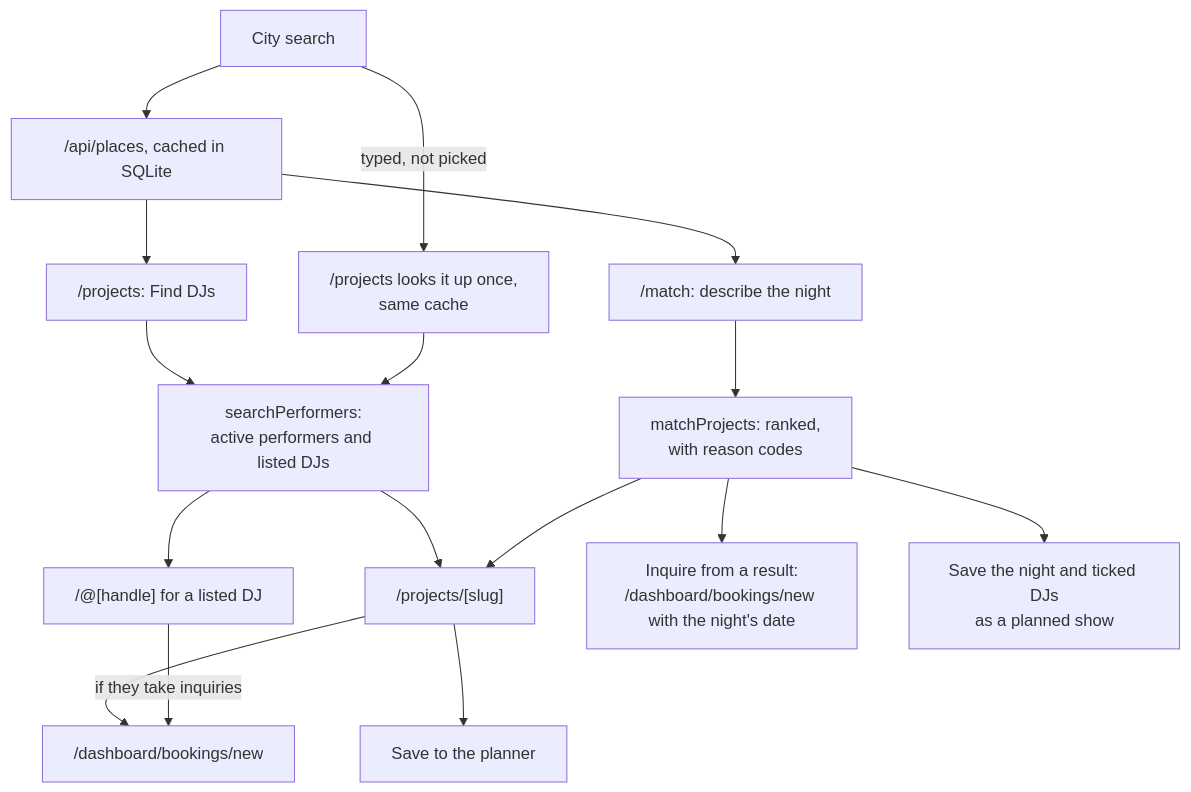
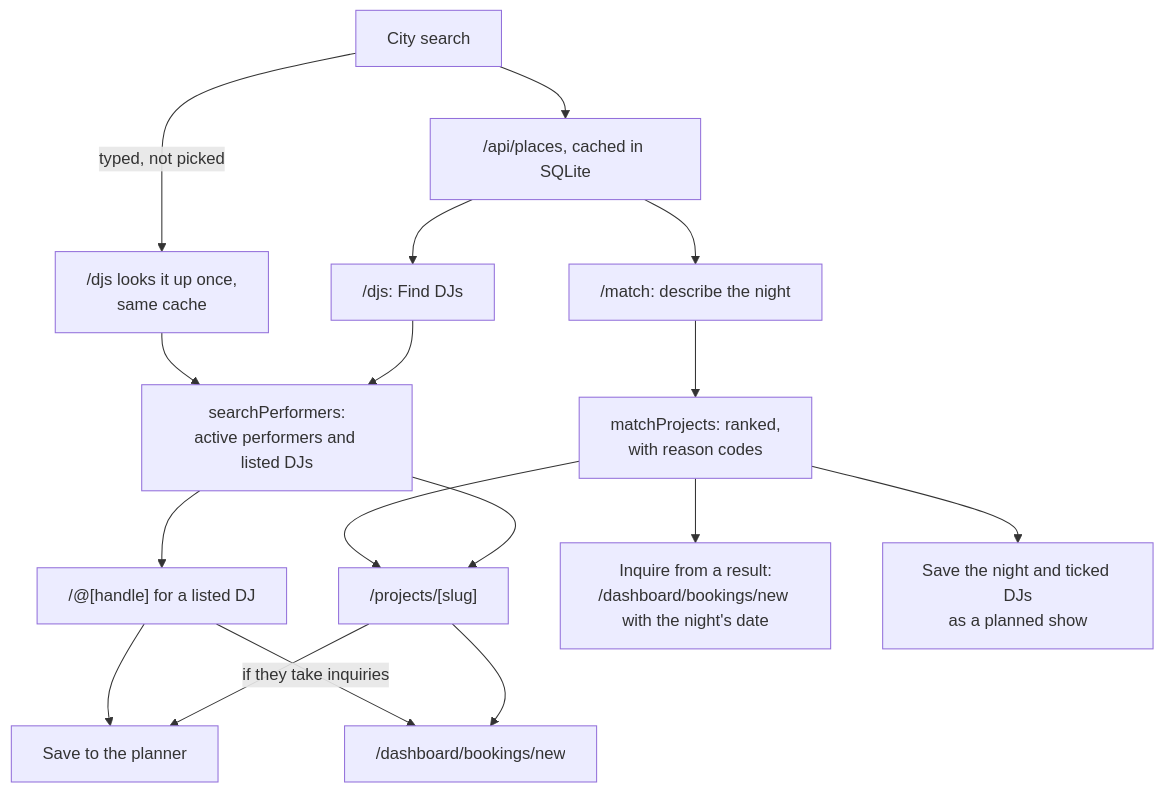
The fifth of 9 diagrams in apps/web/docs/diagrams/profiles-and-bookings.md (cutenode/localnetwork), drawn with Mermaid before and after one commit. The commit also changed other lines of this file and 68 other files, not shown here.

First line of the commit message:
feat(web): find DJs at /djs, and save DJs to the planner

````diff
--- a/apps/web/docs/diagrams/profiles-and-bookings.md
+++ b/apps/web/docs/diagrams/profiles-and-bookings.md
@@ -105,18 +105,19 @@
 ```mermaid
 flowchart TD
-  Find["/projects: Find DJs"] --> Search["searchPerformers:<br/>active performers and listed DJs"]
+  Find["/djs: Find DJs"] --> Search["searchPerformers:<br/>active performers and listed DJs"]
   Match["/match: describe the night"] --> Rank["matchProjects: ranked,<br/>with reason codes"]
   City["City search"] --> Places["/api/places, cached in SQLite"]
   Places --> Find
   Places --> Match
-  City -- "typed, not picked" --> Lookup["/projects looks it up once,<br/>same cache"]
+  City -- "typed, not picked" --> Lookup["/djs looks it up once,<br/>same cache"]
   Lookup --> Search
   Search --> Dj["/@[handle] for a listed DJ"]
   Search --> Page["/projects/[slug]"]
   Rank --> Page
   Rank --> Dated["Inquire from a result:<br/>/dashboard/bookings/new with the night's date"]
   Rank --> Night["Save the night and ticked DJs<br/>as a planned show"]
   Page --> Save["Save to the planner"]
   Page --> Inquire["/dashboard/bookings/new"]
   Dj -- "if they take inquiries" --> Inquire
+  Dj --> Save
 ```
````
